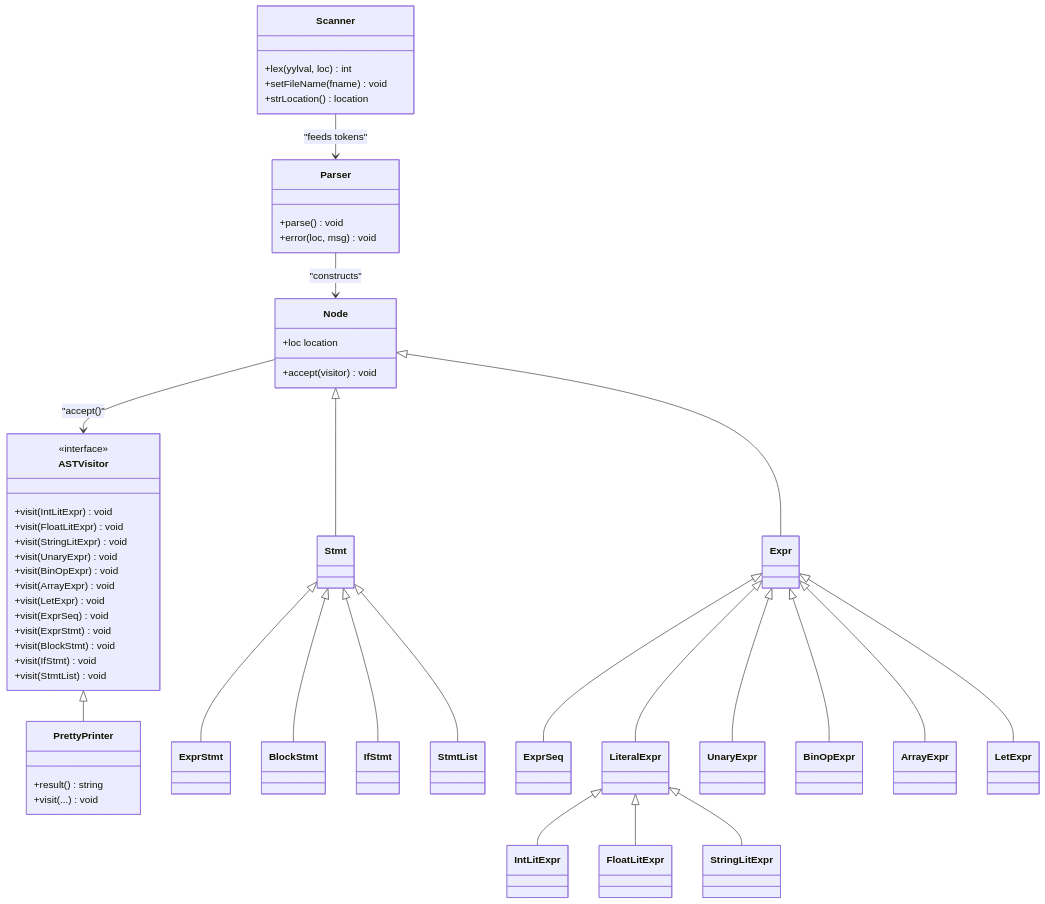
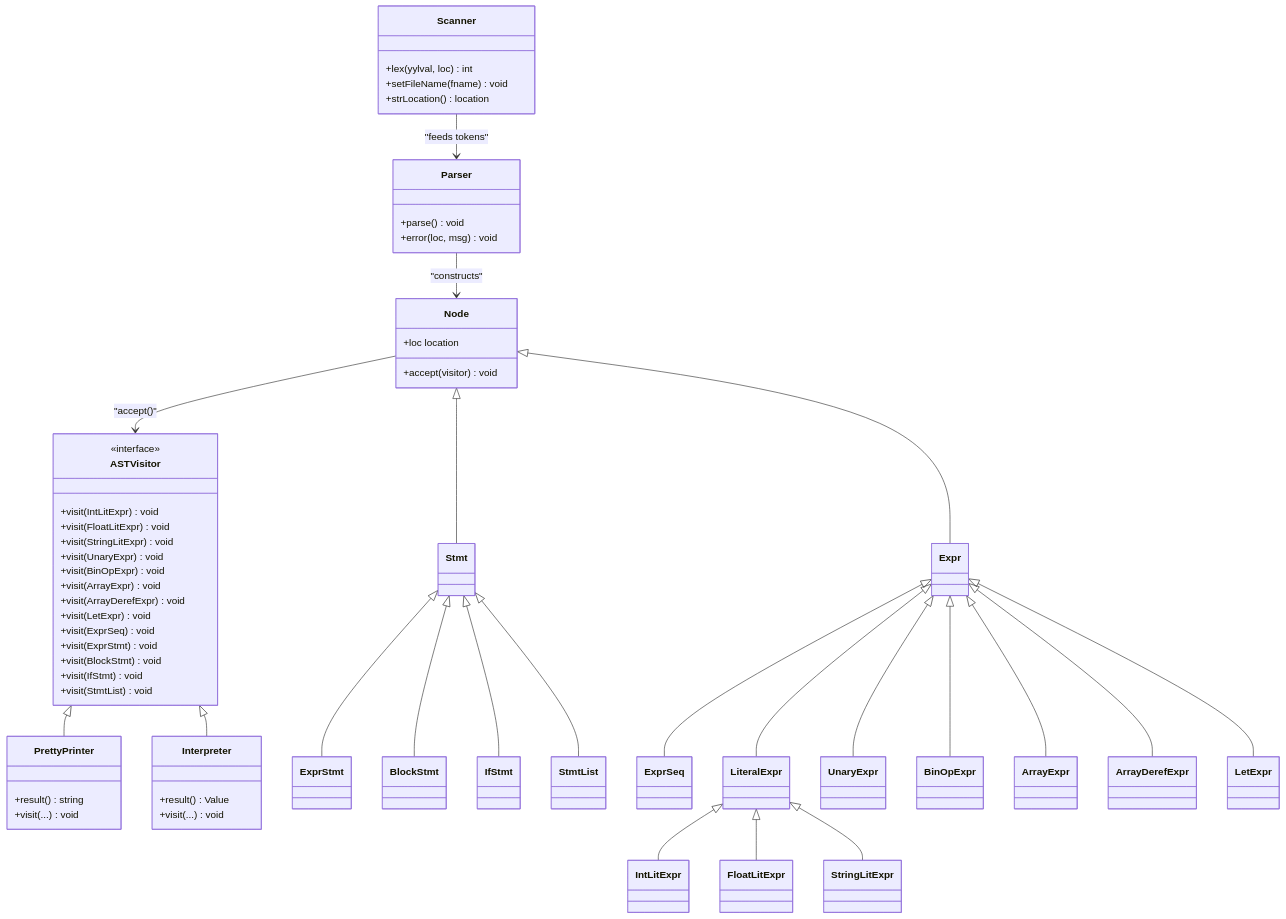
The third of 4 diagrams in .qoder/repowiki/en/content/Language Specification.md (littlebirds/modern_bision), drawn with Mermaid before and after one commit. The commit also changed other lines of this file and 6 other files, not shown here.

Commit message:
add unit test for evaluting ArrayDeref expr

````diff
--- a/.qoder/repowiki/en/content/Language Specification.md
+++ b/.qoder/repowiki/en/content/Language Specification.md
@@ -276,69 +328,77 @@
 ```mermaid
 classDiagram
 class Scanner {
 +lex(yylval, loc) int
 +setFileName(fname) void
 +strLocation() location
 }
 class Parser {
 +parse() void
 +error(loc, msg) void
 }
 class ASTVisitor {
 <<interface>>
 +visit(IntLitExpr) void
 +visit(FloatLitExpr) void
 +visit(StringLitExpr) void
 +visit(UnaryExpr) void
 +visit(BinOpExpr) void
 +visit(ArrayExpr) void
++visit(ArrayDerefExpr) void
 +visit(LetExpr) void
 +visit(ExprSeq) void
 +visit(ExprStmt) void
 +visit(BlockStmt) void
 +visit(IfStmt) void
 +visit(StmtList) void
 }
 class PrettyPrinter {
 +result() string
++visit(...) void
+}
+class Interpreter {
++result() Value
 +visit(...) void
 }
 class Node {
 +accept(visitor) void
 +loc location
 }
 class Expr
 class Stmt
 class ExprStmt
 class BlockStmt
 class IfStmt
 class StmtList
 class ExprSeq
 class LiteralExpr
 class IntLitExpr
 class FloatLitExpr
 class StringLitExpr
 class UnaryExpr
 class BinOpExpr
 class ArrayExpr
+class ArrayDerefExpr
 class LetExpr
 Scanner --> Parser : "feeds tokens"
 Parser --> Node : "constructs"
 Node <|-- Expr
 Node <|-- Stmt
 Stmt <|-- ExprStmt
 Stmt <|-- BlockStmt
 Stmt <|-- IfStmt
 Stmt <|-- StmtList
 Expr <|-- ExprSeq
 Expr <|-- LiteralExpr
 LiteralExpr <|-- IntLitExpr
 LiteralExpr <|-- FloatLitExpr
 LiteralExpr <|-- StringLitExpr
 Expr <|-- UnaryExpr
 Expr <|-- BinOpExpr
 Expr <|-- ArrayExpr
+Expr <|-- ArrayDerefExpr
 Expr <|-- LetExpr
 ASTVisitor <|-- PrettyPrinter
+ASTVisitor <|-- Interpreter
 Node --> ASTVisitor : "accept()"
 ```
````
